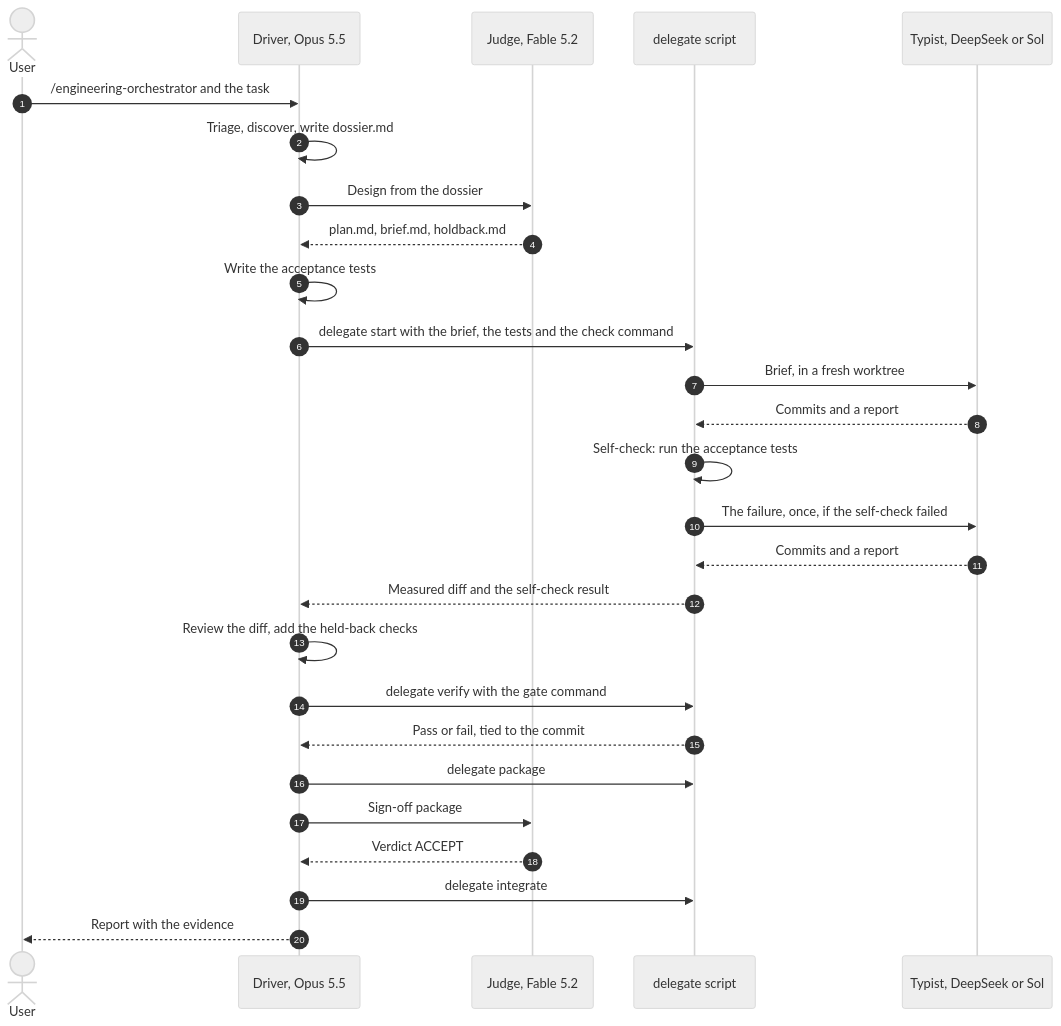
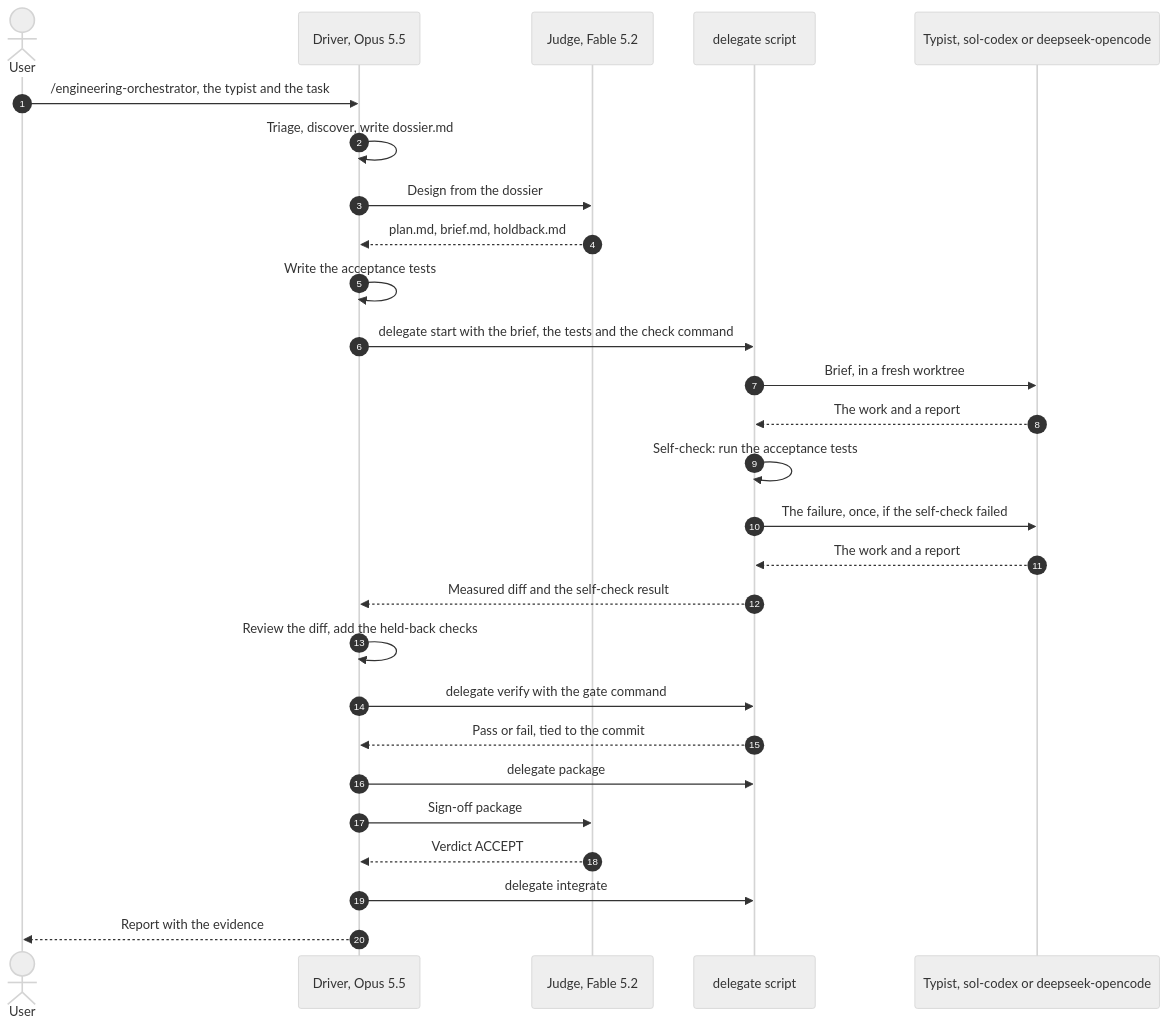
The second of 2 diagrams in README.md (joshuachuaaa/claude-deepseek-orchestrator-workflow), drawn with Mermaid (neutral theme) before and after one commit. The commit also changed other lines of this file and 4 other files, not shown here.

First line of the commit message:
Rename to orchestrator-workflow; name the typists sol-codex and deepseek-opencode

````diff
--- a/README.md
+++ b/README.md
@@ -93,30 +254,30 @@
 ```mermaid
 sequenceDiagram
     autonumber
     actor User
     participant D as Driver, Opus 5.5
     participant J as Judge, Fable 5.2
     participant S as delegate script
-    participant W as Typist, DeepSeek or Sol
+    participant W as Typist, sol-codex or deepseek-opencode
 
-    User->>D: /engineering-orchestrator and the task
+    User->>D: /engineering-orchestrator, the typist and the task
     D->>D: Triage, discover, write dossier.md
     D->>J: Design from the dossier
     J-->>D: plan.md, brief.md, holdback.md
     D->>D: Write the acceptance tests
     D->>S: delegate start with the brief, the tests and the check command
     S->>W: Brief, in a fresh worktree
-    W-->>S: Commits and a report
+    W-->>S: The work and a report
     S->>S: Self-check: run the acceptance tests
     S->>W: The failure, once, if the self-check failed
-    W-->>S: Commits and a report
+    W-->>S: The work and a report
     S-->>D: Measured diff and the self-check result
     D->>D: Review the diff, add the held-back checks
     D->>S: delegate verify with the gate command
     S-->>D: Pass or fail, tied to the commit
     D->>S: delegate package
     D->>J: Sign-off package
     J-->>D: Verdict ACCEPT
     D->>S: delegate integrate
     D-->>User: Report with the evidence
 ```
````
